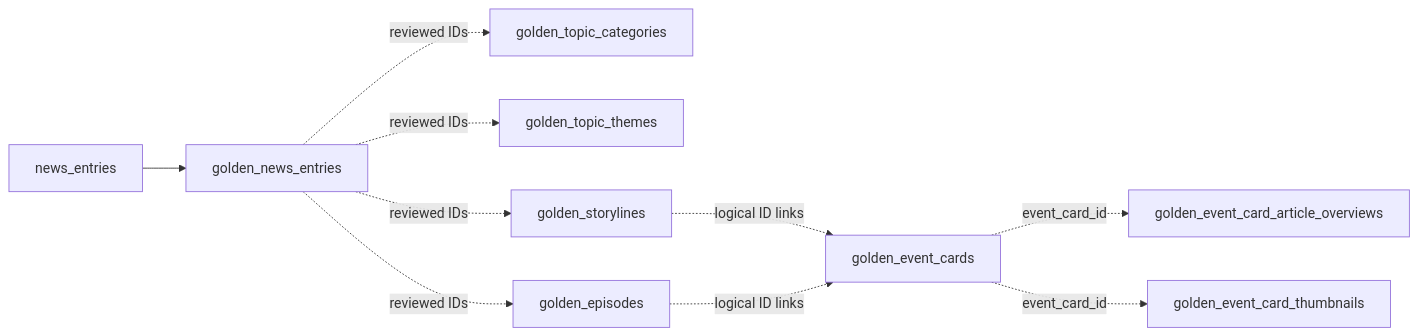
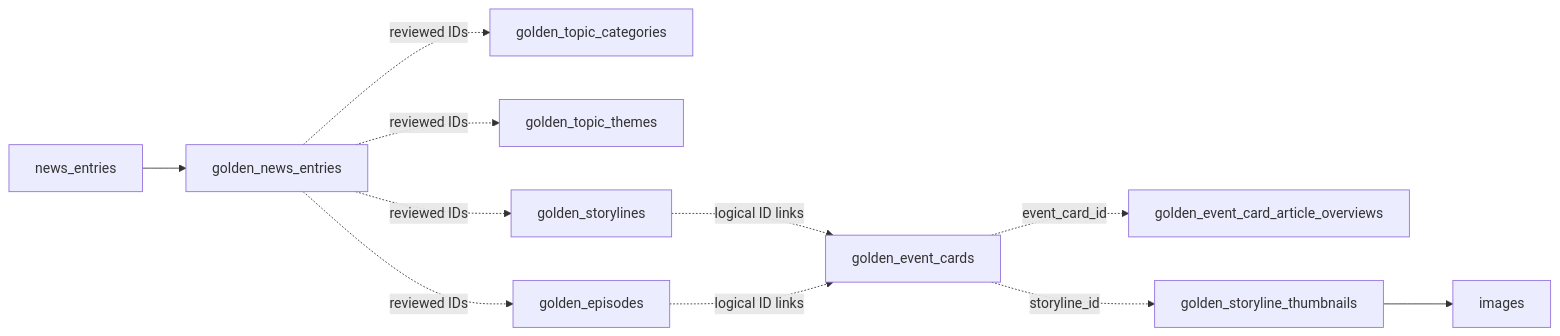
Before and after one commit to Vincen-Le/dot-gov-news-pipeline: the sixth of 6 diagrams in docs/database/relationships.md, drawn with Mermaid. The commit also changed other lines of this file and 13 other files, not shown here.

Commit message:
feat(images): scope thumbnails to storylines

````diff
--- a/docs/database/relationships.md
+++ b/docs/database/relationships.md
@@ -161,12 +161,13 @@
 ```mermaid
 flowchart LR
     entries["news_entries"] --> ledger["golden_news_entries"]
     ledger -."reviewed IDs".-> categories["golden_topic_categories"]
     ledger -."reviewed IDs".-> themes["golden_topic_themes"]
     ledger -."reviewed IDs".-> storylines["golden_storylines"]
     ledger -."reviewed IDs".-> episodes["golden_episodes"]
     storylines -."logical ID links".-> cards["golden_event_cards"]
     episodes -."logical ID links".-> cards
     cards -."event_card_id".-> overview["golden_event_card_article_overviews"]
-    cards -."event_card_id".-> thumbnail["golden_event_card_thumbnails"]
+    cards -."storyline_id".-> thumbnail["golden_storyline_thumbnails"]
+    thumbnail --> images["images"]
 ```
````
